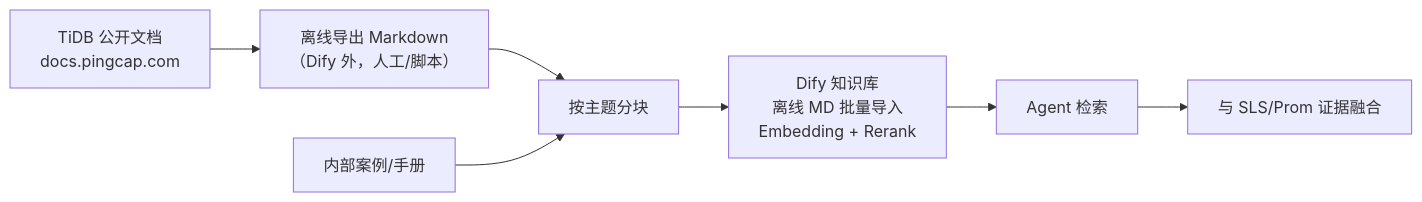
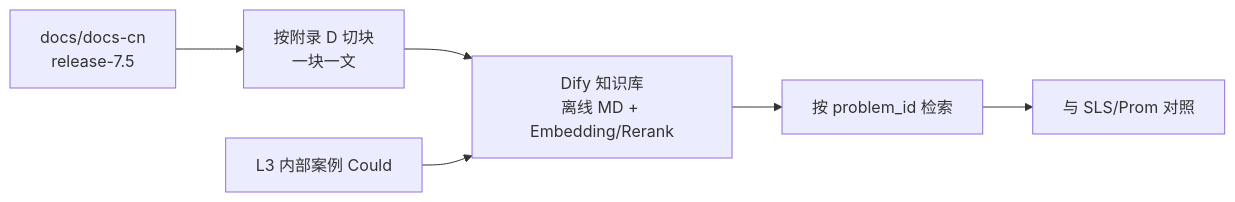
One commit to yangzhengjie/tidb-diag changed the fourth of 10 diagrams in docs/tidb-diag-agent-technical-design.md. Above: the diagram before and after it, drawn with Mermaid. The commit also changed other lines of this file and 1 other file, not shown here.

````diff
--- a/docs/tidb-diag-agent-technical-design.md
+++ b/docs/tidb-diag-agent-technical-design.md
@@ -331,9 +399,8 @@
 ```mermaid
 flowchart LR
-    A["TiDB 公开文档<br/>docs.pingcap.com"] --> B["离线导出 Markdown<br/>（Dify 外，人工/脚本）"]
-    B --> C["按主题分块"]
-    C --> D["Dify 知识库<br/>离线 MD 批量导入<br/>Embedding + Rerank"]
-    E["内部案例/手册"] --> C
-    D --> F["Agent 检索"]
-    F --> G["与 SLS/Prom 证据融合"]
+    A["docs/docs-cn<br/>release-7.5"] --> B["按附录 D 切块<br/>一块一文"]
+    B --> C["Dify 知识库<br/>离线 MD + Embedding/Rerank"]
+    D["L3 内部案例 Could"] --> C
+    C --> E["按 problem_id 检索"]
+    E --> F["与 SLS/Prom 对照"]
 ```
````
